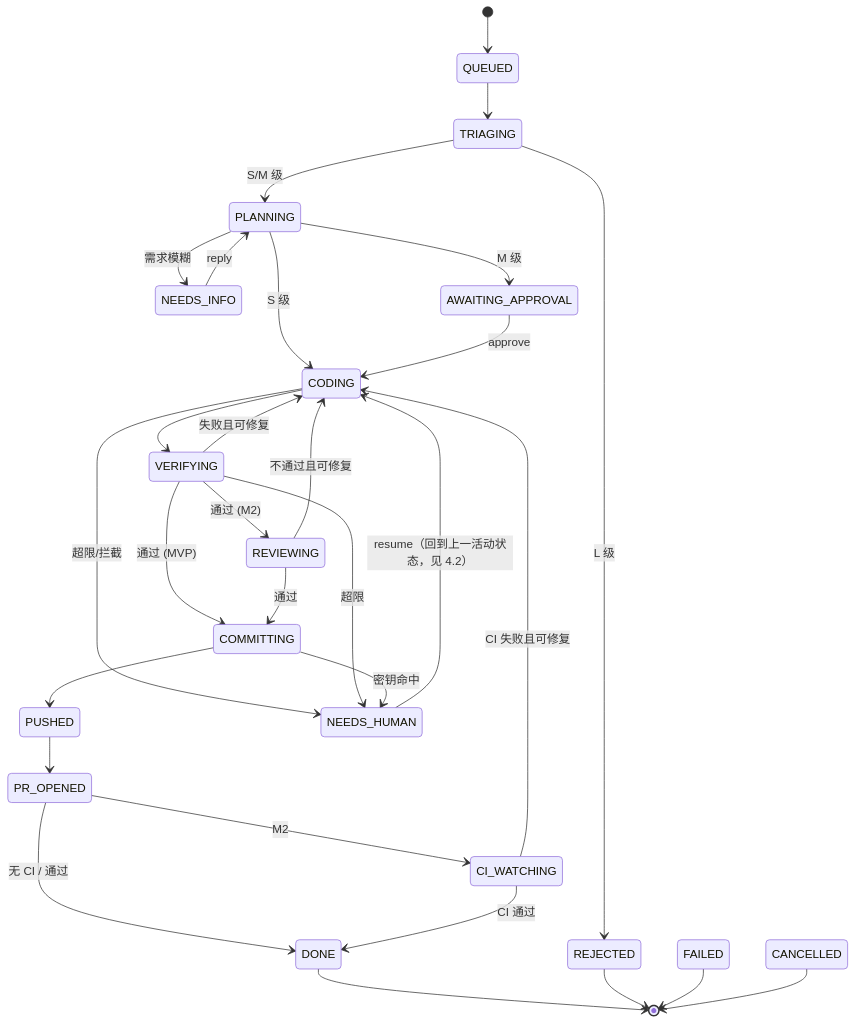
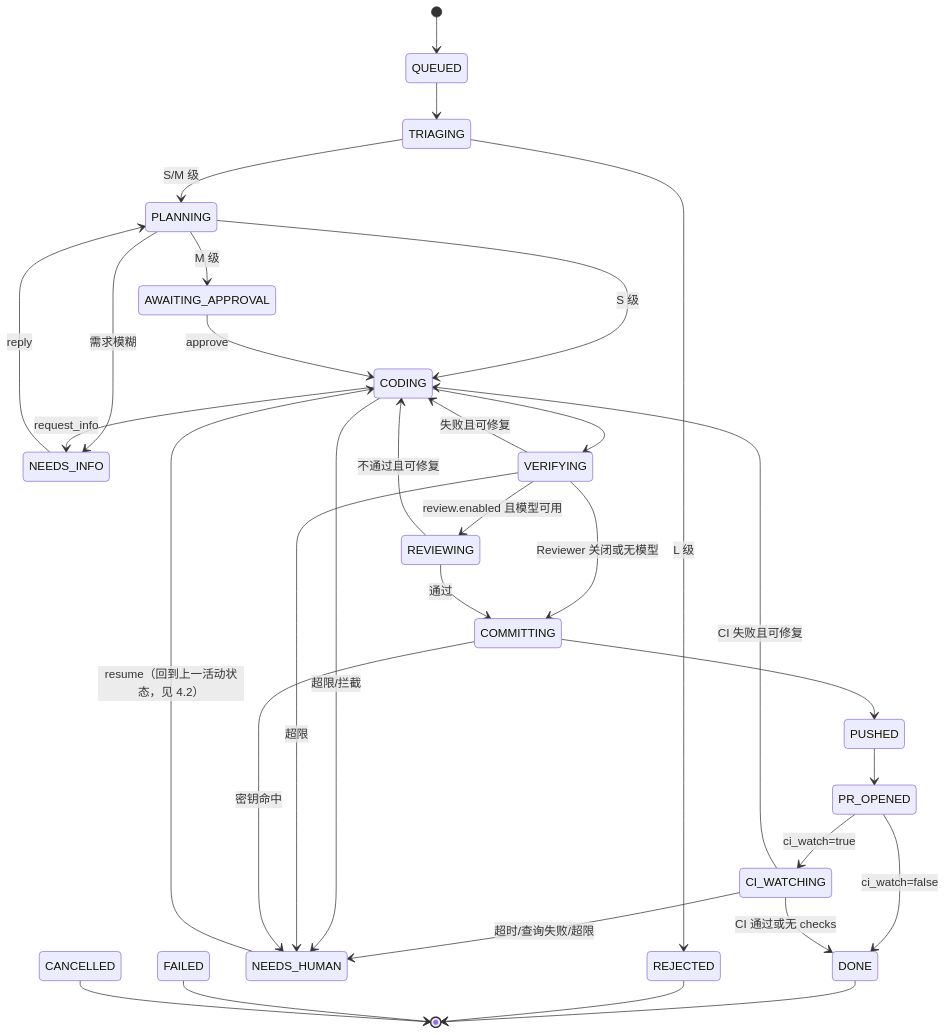
Before and after one commit to vinthuy/agentic-devops: the diagram in docs/SDD.md, drawn with Mermaid. The commit also changed other lines of this file and 2 other files, not shown here.

````diff
--- a/docs/SDD.md
+++ b/docs/SDD.md
@@ -976,32 +907,34 @@
 ```mermaid
 stateDiagram-v2
     [*] --> QUEUED
     QUEUED --> TRIAGING
     TRIAGING --> REJECTED: L 级
     TRIAGING --> PLANNING: S/M 级
     PLANNING --> NEEDS_INFO: 需求模糊
     NEEDS_INFO --> PLANNING: reply
     PLANNING --> AWAITING_APPROVAL: M 级
     PLANNING --> CODING: S 级
     AWAITING_APPROVAL --> CODING: approve
     CODING --> VERIFYING
     VERIFYING --> CODING: 失败且可修复
-    VERIFYING --> REVIEWING: 通过 (M2)
-    VERIFYING --> COMMITTING: 通过 (MVP)
+    VERIFYING --> REVIEWING: review.enabled 且模型可用
+    VERIFYING --> COMMITTING: Reviewer 关闭或无模型
+    CODING --> NEEDS_INFO: request_info
     REVIEWING --> CODING: 不通过且可修复
     REVIEWING --> COMMITTING: 通过
     COMMITTING --> PUSHED
     PUSHED --> PR_OPENED
-    PR_OPENED --> DONE: 无 CI / 通过
-    PR_OPENED --> CI_WATCHING: M2
+    PR_OPENED --> DONE: ci_watch=false
+    PR_OPENED --> CI_WATCHING: ci_watch=true
     CI_WATCHING --> CODING: CI 失败且可修复
-    CI_WATCHING --> DONE: CI 通过
+    CI_WATCHING --> DONE: CI 通过或无 checks
+    CI_WATCHING --> NEEDS_HUMAN: 超时/查询失败/超限
     CODING --> NEEDS_HUMAN: 超限/拦截
     VERIFYING --> NEEDS_HUMAN: 超限
     COMMITTING --> NEEDS_HUMAN: 密钥命中
     NEEDS_HUMAN --> CODING: resume（回到上一活动状态，见 4.2）
     DONE --> [*]
     REJECTED --> [*]
     FAILED --> [*]
     CANCELLED --> [*]
 ```
````
